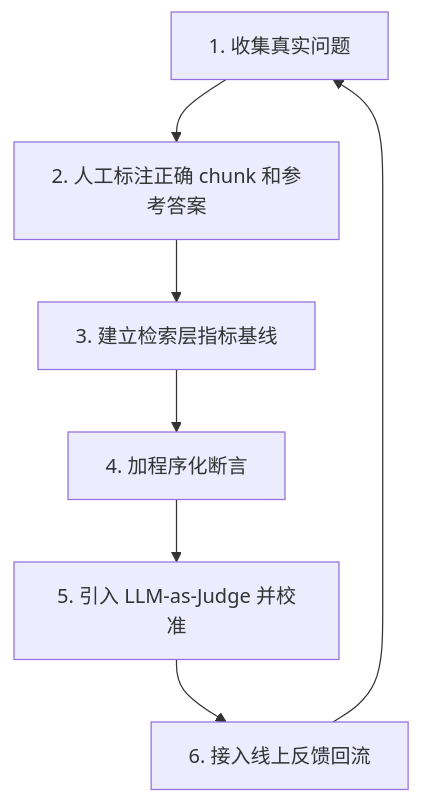
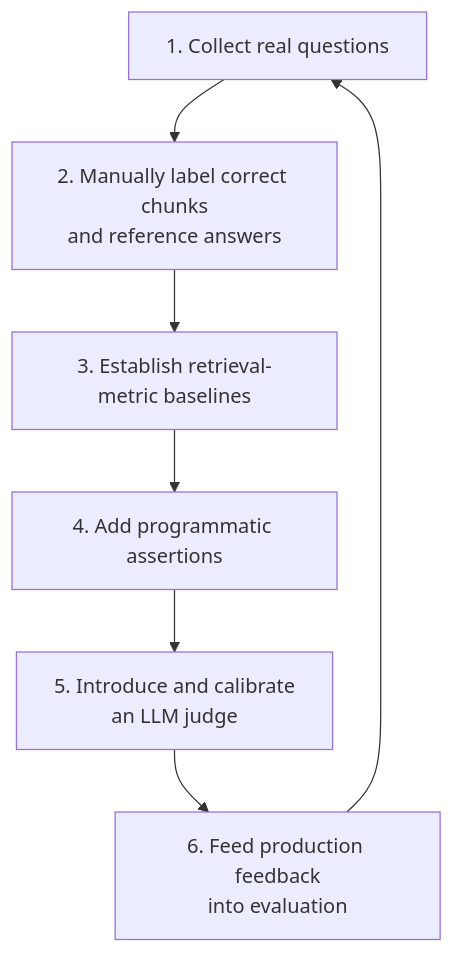
Before and after one commit to oneleaveknowsthefall/awesome-ai-roadmap: the second of 2 diagrams in docs/rag/05-generation-evaluation/18-rag-evaluation.md, drawn with Mermaid. The commit also changed other lines of this file and 60 other files, not shown here.

````diff
--- a/docs/rag/05-generation-evaluation/18-rag-evaluation.md
+++ b/docs/rag/05-generation-evaluation/18-rag-evaluation.md
@@ -223,9 +223,9 @@
 ```mermaid
 flowchart TB
-    S1[1. 收集真实问题] --> S2[2. 人工标注正确 chunk 和参考答案]
-    S2 --> S3[3. 建立检索层指标基线]
-    S3 --> S4[4. 加程序化断言]
-    S4 --> S5[5. 引入 LLM-as-Judge 并校准]
-    S5 --> S6[6. 接入线上反馈回流]
+    S1[1. Collect real questions] --> S2[2. Manually label correct chunks<br/>and reference answers]
+    S2 --> S3[3. Establish retrieval-metric baselines]
+    S3 --> S4[4. Add programmatic assertions]
+    S4 --> S5[5. Introduce and calibrate<br/>an LLM judge]
+    S5 --> S6[6. Feed production feedback<br/>into evaluation]
     S6 --> S1
 ```
````
